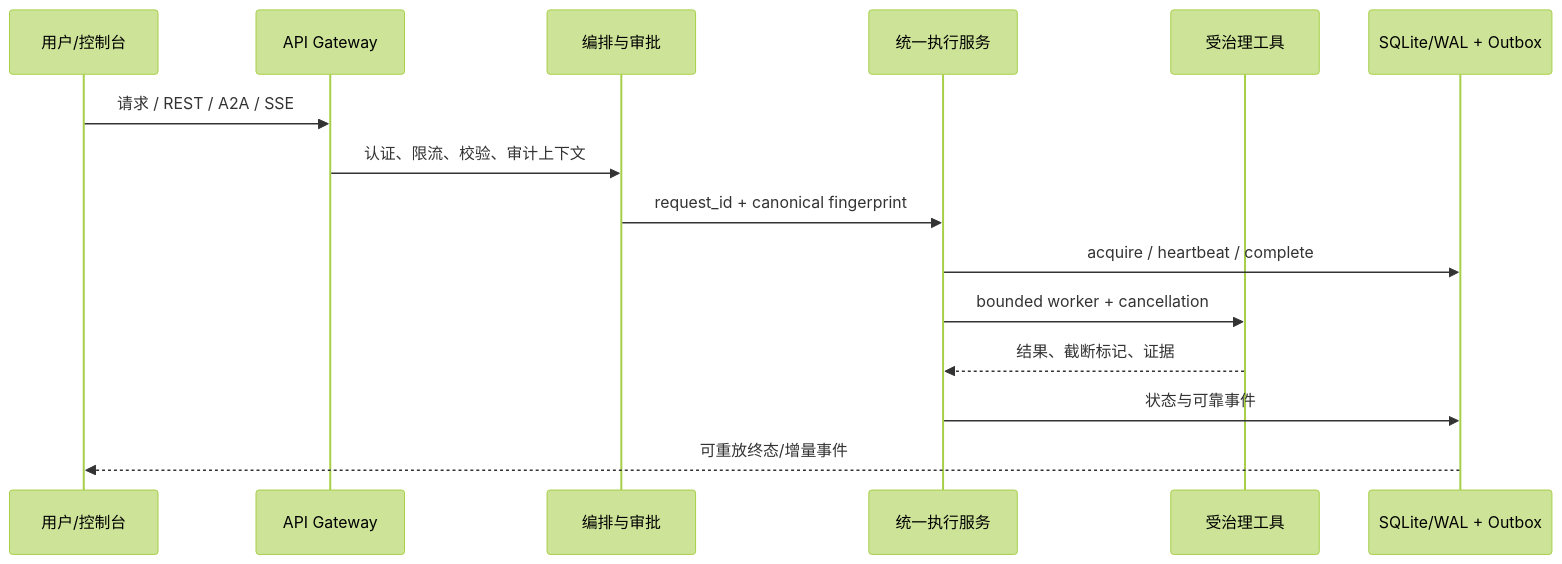
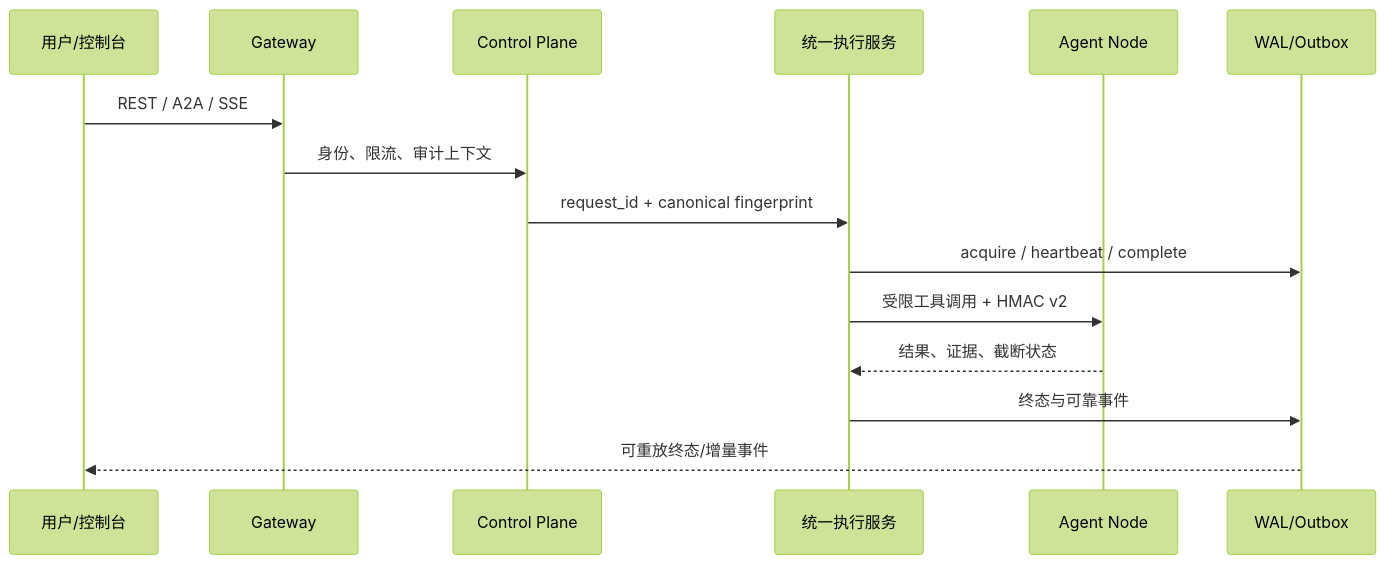
One commit to l62511/Kylin-Agent-showcase changed the diagram in docs/architecture.md. Above: the diagram before and after it, drawn with Mermaid (forest theme). The commit also changed other lines of this file and 17 other files, not shown here.

````diff
--- a/docs/architecture.md
+++ b/docs/architecture.md
@@ -14,17 +24,17 @@
 ```mermaid
 sequenceDiagram
     participant U as 用户/控制台
-    participant G as API Gateway
-    participant O as 编排与审批
+    participant G as Gateway
+    participant C as Control Plane
     participant E as 统一执行服务
-    participant T as 受治理工具
-    participant S as SQLite/WAL + Outbox
-    U->>G: 请求 / REST / A2A / SSE
-    G->>O: 认证、限流、校验、审计上下文
-    O->>E: request_id + canonical fingerprint
+    participant N as Agent Node
+    participant S as WAL/Outbox
+    U->>G: REST / A2A / SSE
+    G->>C: 身份、限流、审计上下文
+    C->>E: request_id + canonical fingerprint
     E->>S: acquire / heartbeat / complete
-    E->>T: bounded worker + cancellation
-    T-->>E: 结果、截断标记、证据
-    E->>S: 状态与可靠事件
+    E->>N: 受限工具调用 + HMAC v2
+    N-->>E: 结果、证据、截断状态
+    E->>S: 终态与可靠事件
     S-->>U: 可重放终态/增量事件
 ```
````
